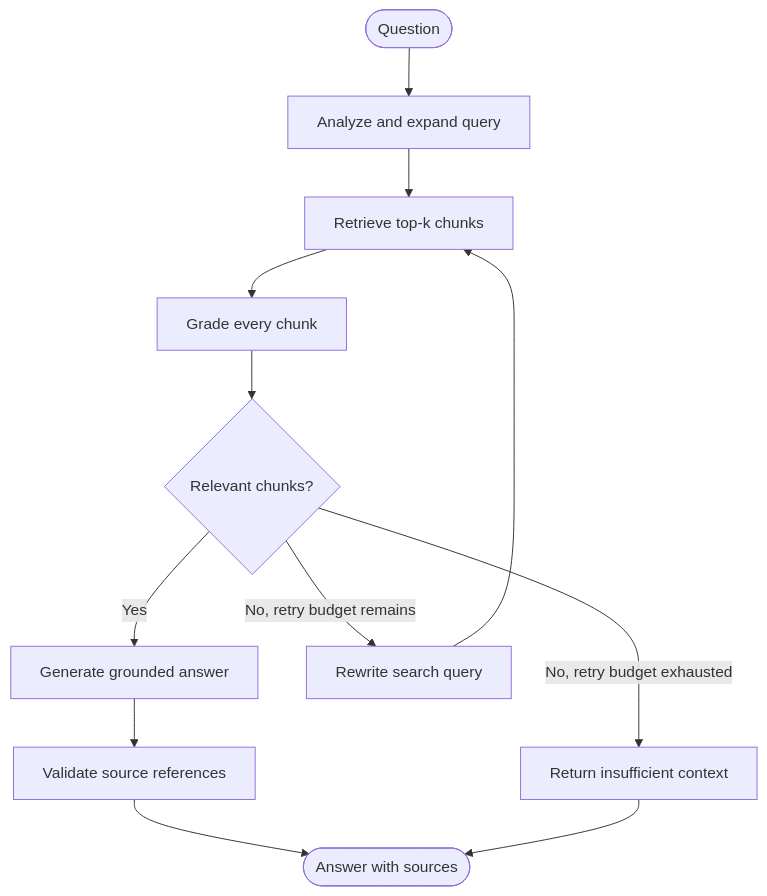
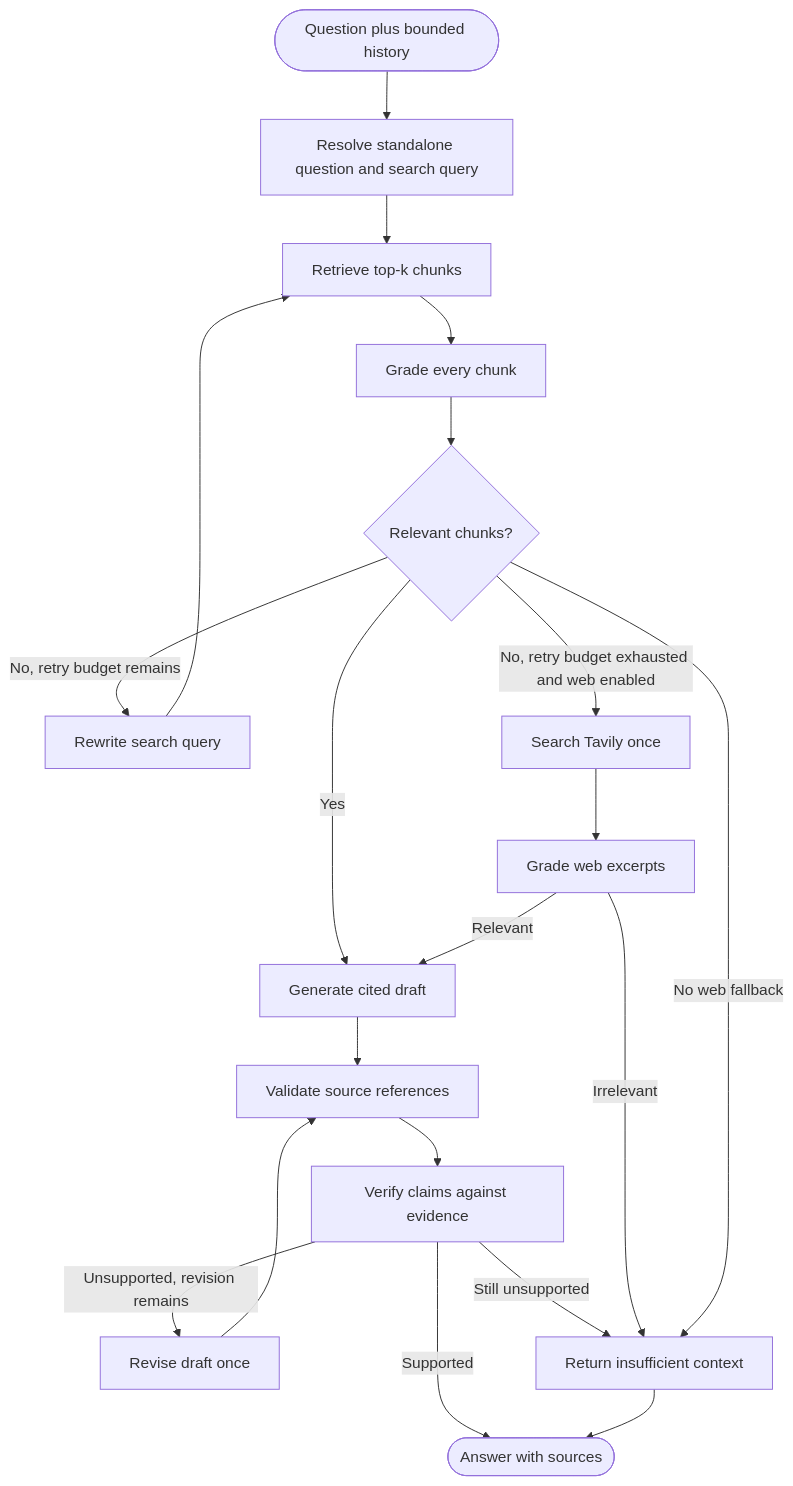
Before and after one commit to Sonam-icon/know-it: the second of 2 diagrams in README.md, drawn with Mermaid. The commit also changed other lines of this file and 1 other file, not shown here.

Commit message:
docs: document bonus architecture and setup

```diff
--- a/README.md
+++ b/README.md
@@ -46,14 +51,22 @@
 ~~~mermaid
 flowchart TD
-    Start([Question]) --> Analyze[Analyze and expand query]
+    Start([Question plus bounded history]) --> Analyze[Resolve standalone question and search query]
     Analyze --> Retrieve[Retrieve top-k chunks]
     Retrieve --> Grade[Grade every chunk]
     Grade --> Decision{Relevant chunks?}
-    Decision -->|Yes| Generate[Generate grounded answer]
+    Decision -->|Yes| Generate[Generate cited draft]
     Generate --> Cite[Validate source references]
-    Cite --> Done([Answer with sources])
+    Cite --> Verify[Verify claims against evidence]
+    Verify -->|Supported| Done([Answer with sources])
+    Verify -->|Unsupported, revision remains| Revise[Revise draft once]
+    Revise --> Cite
+    Verify -->|Still unsupported| Abstain
     Decision -->|No, retry budget remains| Rewrite[Rewrite search query]
     Rewrite --> Retrieve
-    Decision -->|No, retry budget exhausted| Abstain[Return insufficient context]
+    Decision -->|No, retry budget exhausted and web enabled| Web[Search Tavily once]
+    Web --> WebGrade[Grade web excerpts]
+    WebGrade -->|Relevant| Generate
+    WebGrade -->|Irrelevant| Abstain[Return insufficient context]
+    Decision -->|No web fallback| Abstain
     Abstain --> Done
 ~~~
```
